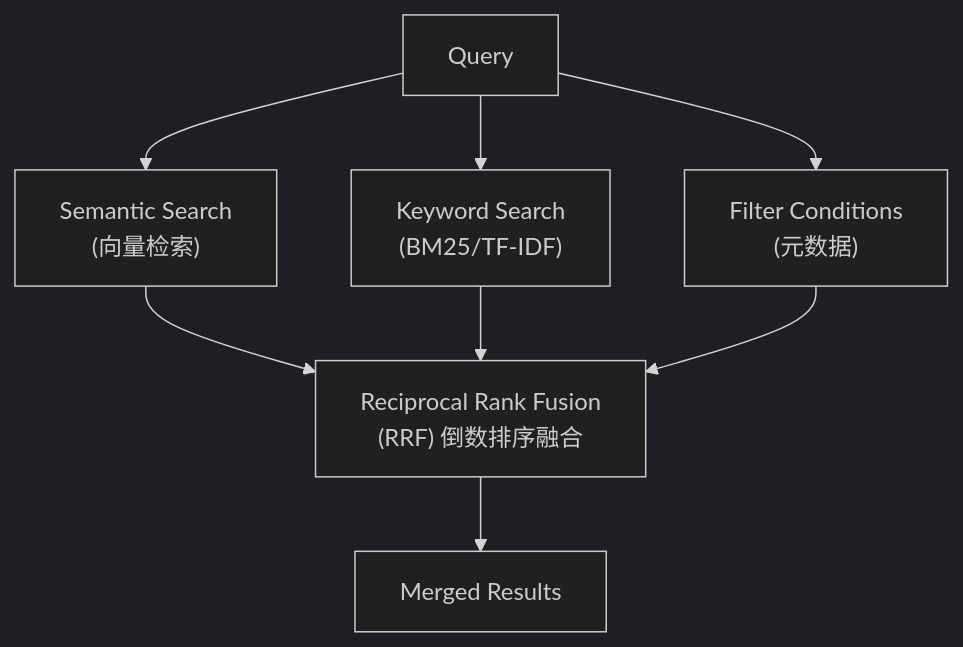
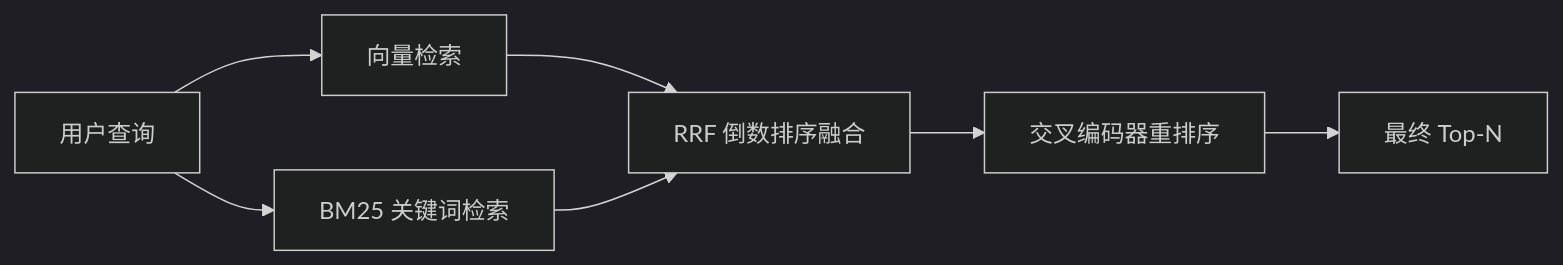
One commit to Shyu-x/frontend-interview changed the eighth of 9 diagrams in docs/agent/applications/rag-principles-retrieval.md. Above: the diagram before and after it, drawn with Mermaid (dark theme). The commit also changed other lines of this file and 58 other files, not shown here.

````diff
--- a/docs/agent/applications/rag-principles-retrieval.md
+++ b/docs/agent/applications/rag-principles-retrieval.md
@@ -1090,12 +924,9 @@
 ```mermaid
-flowchart TB
-    Q["Query"] --> SEM["Semantic Search<br/>(向量检索)"]
-    Q --> KWD["Keyword Search<br/>(BM25/TF-IDF)"]
-    Q --> FLT["Filter Conditions<br/>(元数据)"]
-
-    SEM --> RRF["Reciprocal Rank Fusion<br/>(RRF) 倒数排序融合"]
-    KWD --> RRF
-    FLT --> RRF
-
-    RRF --> MR["Merged Results"]
+flowchart LR
+    Q["用户查询"] --> V["向量检索"]
+    Q --> B["BM25 关键词检索"]
+    V --> R["RRF 倒数排序融合"]
+    B --> R
+    R --> RR["交叉编码器重排序"]
+    RR --> T["最终 Top-N"]
 ```
````
